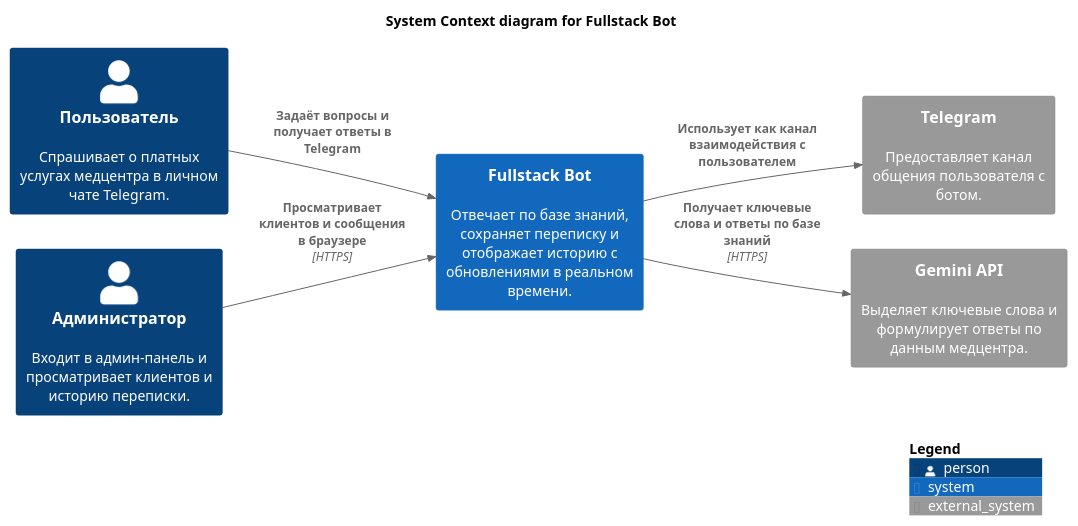
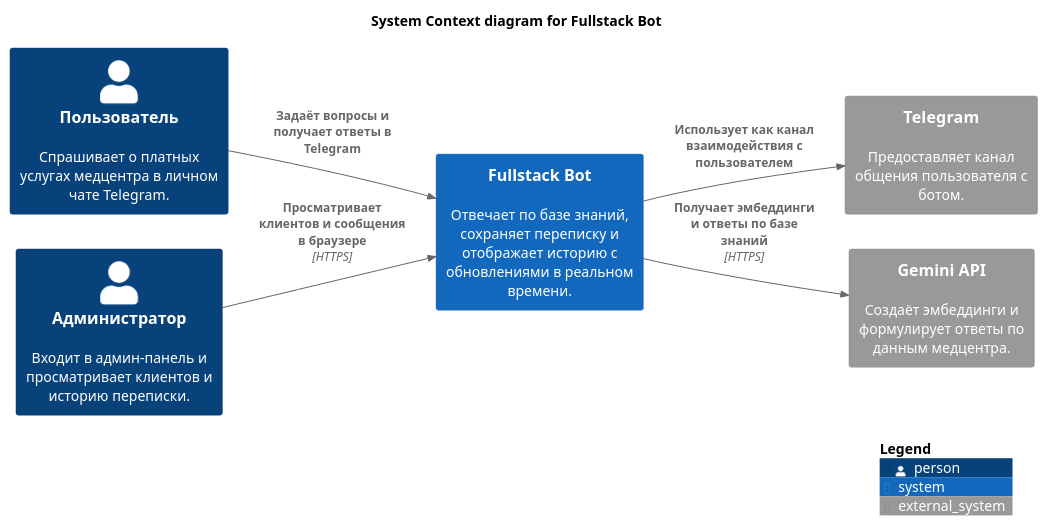
The diagram in docs/architecture/c4-context.puml (yarek-dev/FastestCurrency), drawn with PlantUML before and after one commit. The commit also changed 20 other files, not shown here.

```diff
--- a/docs/architecture/c4-context.puml
+++ b/docs/architecture/c4-context.puml
@@ -1,22 +1,22 @@
 @startuml Fullstack Bot - System Context
 !include <C4/C4_Context>
 
 title System Context diagram for Fullstack Bot
 
 LAYOUT_LEFT_RIGHT()
 
 Person(user, "Пользователь", "Спрашивает о платных услугах медцентра в личном чате Telegram.")
 Person(viewer, "Администратор", "Входит в админ-панель и просматривает клиентов и историю переписки.")
 
 System(fullstack_bot, "Fullstack Bot", "Отвечает по базе знаний, сохраняет переписку и отображает историю с обновлениями в реальном времени.")
 
 System_Ext(telegram, "Telegram", "Предоставляет канал общения пользователя с ботом.")
-System_Ext(gemini, "Gemini API", "Выделяет ключевые слова и формулирует ответы по данным медцентра.")
+System_Ext(gemini, "Gemini API", "Создаёт эмбеддинги и формулирует ответы по данным медцентра.")
 
 Rel(user, fullstack_bot, "Задаёт вопросы и получает ответы в Telegram")
 Rel(viewer, fullstack_bot, "Просматривает клиентов и сообщения в браузере", "HTTPS")
 Rel(fullstack_bot, telegram, "Использует как канал взаимодействия с пользователем")
-Rel(fullstack_bot, gemini, "Получает ключевые слова и ответы по базе знаний", "HTTPS")
+Rel(fullstack_bot, gemini, "Получает эмбеддинги и ответы по базе знаний", "HTTPS")
 
 SHOW_LEGEND()
 @enduml
```
